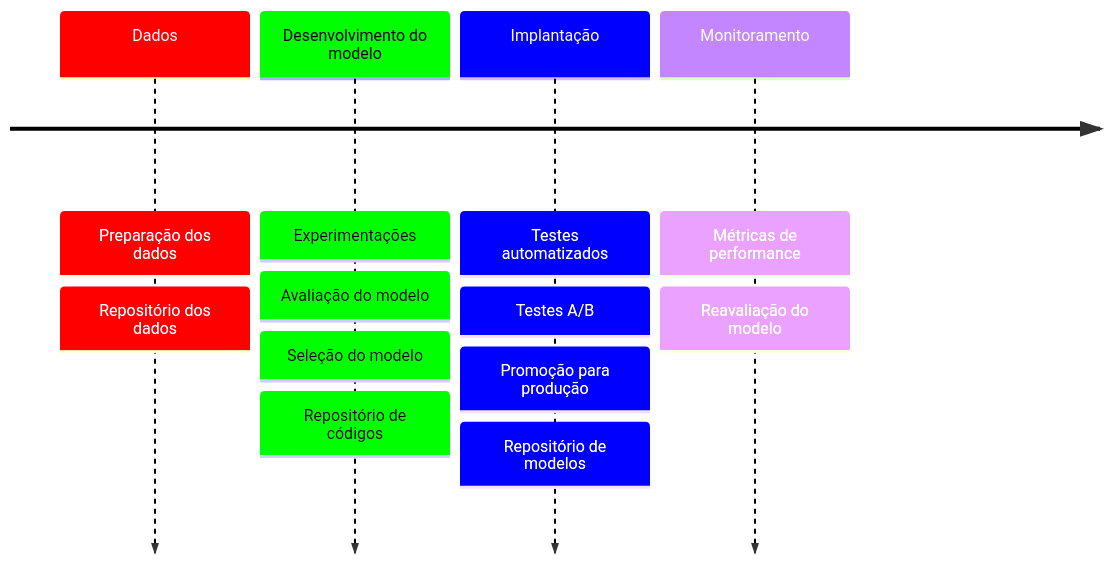
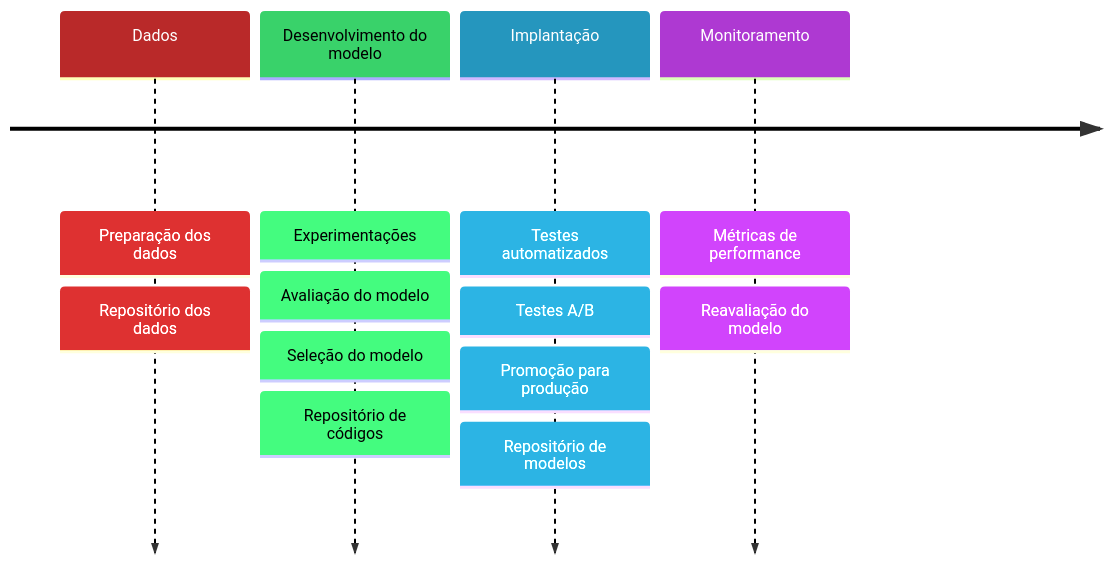
One commit to BrunoBiluca/biluca-knowledge changed the diagram in Inteligência artificial/Machine Learning/MLOps.md. Above: the diagram before and after it, drawn with Mermaid. The commit also changed other lines of this file and 3 other files, not shown here.

````diff
--- a/Inteligência artificial/Machine Learning/MLOps.md
+++ b/Inteligência artificial/Machine Learning/MLOps.md
@@ -14,10 +14,10 @@
 ```mermaid
-%%{init: { 'logLevel': 'debug', 'theme': 'default' , 'themeVariables': { 'cScale0': '#ff0000', 'cScaleLabel0': '#ffffff', 'cScale1': '#00ff00', 'cScale2': '#0000ff', 'cScaleLabel2': '#ffffff' } } }%%
+%%{init: { 'logLevel': 'debug', 'theme': 'default' , 'themeVariables': { 'cScale0': '#B92929', 'cScaleLabel0': '#ffffff', 'cScale1': '#39D26A', 'cScale2': '#2596BE', 'cScaleLabel2': '#ffffff', 'cScale3': '#AE39D2', 'cScaleLabel3': '#ffffff' } } }%%
 
 timeline
 
 Dados : Preparação dos dados : Repositório dos dados
 Desenvolvimento do modelo : Experimentações : Avaliação do modelo : Seleção do modelo : Repositório de códigos
 Implantação : Testes automatizados : Testes A/B : Promoção para produção : Repositório de modelos
 Monitoramento : Métricas de performance : Reavaliação do modelo
 ```
````
